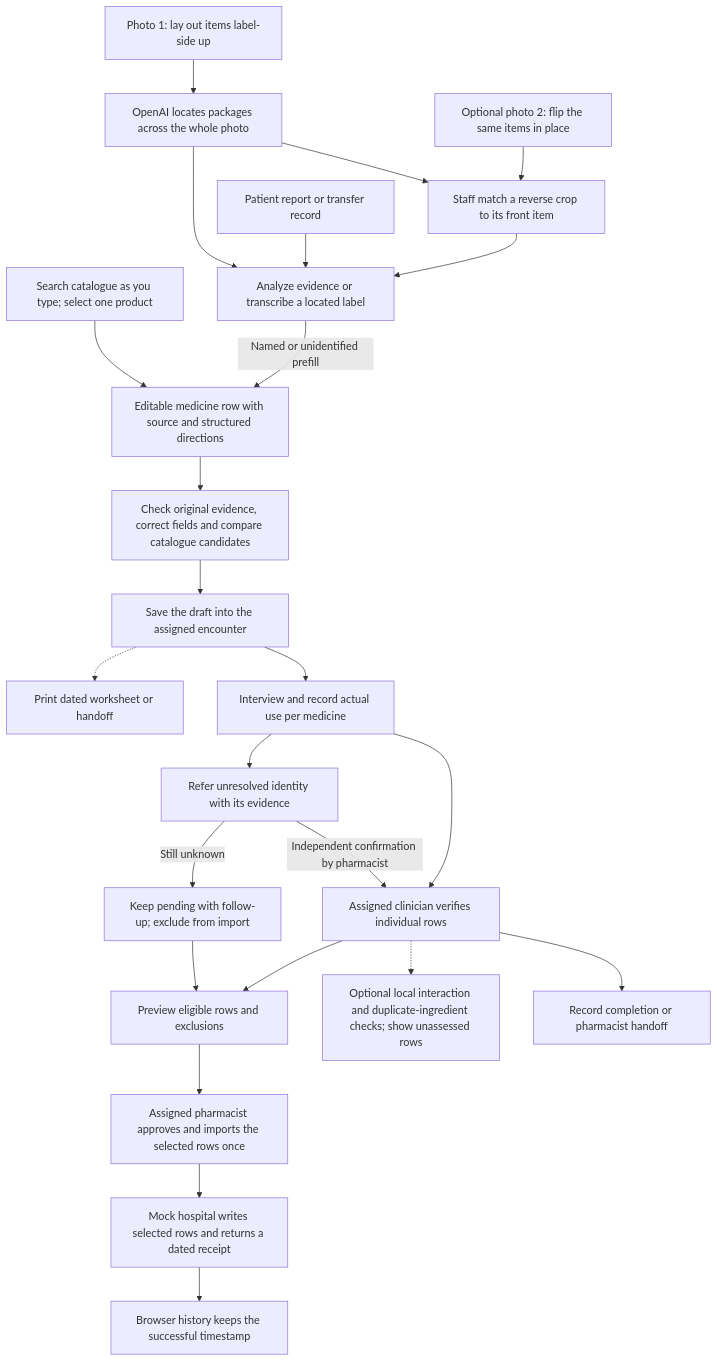
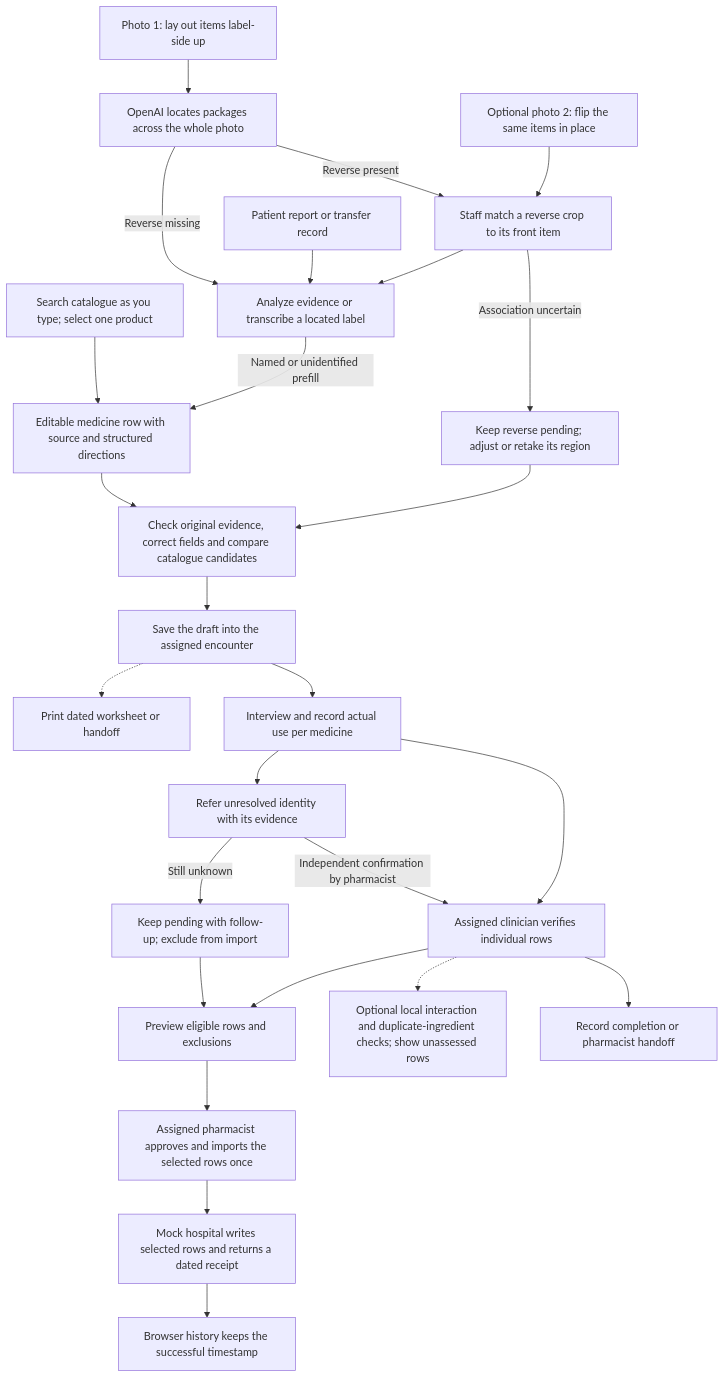
One commit to pakornds/Medication-Reader changed the diagram in docs/specs/medication-reader-v1.md. Above: the diagram before and after it, drawn with Mermaid. The commit also changed other lines of this file and 34 other files, not shown here.

````diff
--- a/docs/specs/medication-reader-v1.md
+++ b/docs/specs/medication-reader-v1.md
@@ -13,26 +13,29 @@
 ```mermaid
 flowchart TD
   manual["Search catalogue as you type; select one product"] --> row["Editable medicine row with source and structured directions"]
   front["Photo 1: lay out items label-side up"] --> locate["OpenAI locates packages across the whole photo"]
   reverse["Optional photo 2: flip the same items in place"] --> pair["Staff match a reverse crop to its front item"]
-  locate --> pair
-  locate --> extract["Analyze evidence or transcribe a located label"]
+  locate -->|Reverse present| pair
+  locate -->|Reverse missing| extract
+  pair -->|Association uncertain| retake["Keep reverse pending; adjust or retake its region"]
+  retake --> compare
+  extract["Analyze evidence or transcribe a located label"]
   pair --> extract
   note["Patient report or transfer record"] --> extract
   extract -->|"Named or unidentified prefill"| row
   row --> compare["Check original evidence, correct fields and compare catalogue candidates"]
   compare --> save["Save the draft into the assigned encounter"]
   save --> interview["Interview and record actual use per medicine"]
   interview --> verify["Assigned clinician verifies individual rows"]
   interview --> refer["Refer unresolved identity with its evidence"]
   refer -->|"Independent confirmation by pharmacist"| verify
   refer -->|"Still unknown"| pending["Keep pending with follow-up; exclude from import"]
   verify --> finish["Record completion or pharmacist handoff"]
   verify -.-> checks["Optional local interaction and duplicate-ingredient checks; show unassessed rows"]
   save -.-> print["Print dated worksheet or handoff"]
   verify --> output["Preview eligible rows and exclusions"]
   pending --> output
   output --> approve["Assigned pharmacist approves and imports the selected rows once"]
   approve --> receipt["Mock hospital writes selected rows and returns a dated receipt"]
   receipt --> history["Browser history keeps the successful timestamp"]
 ```
````
